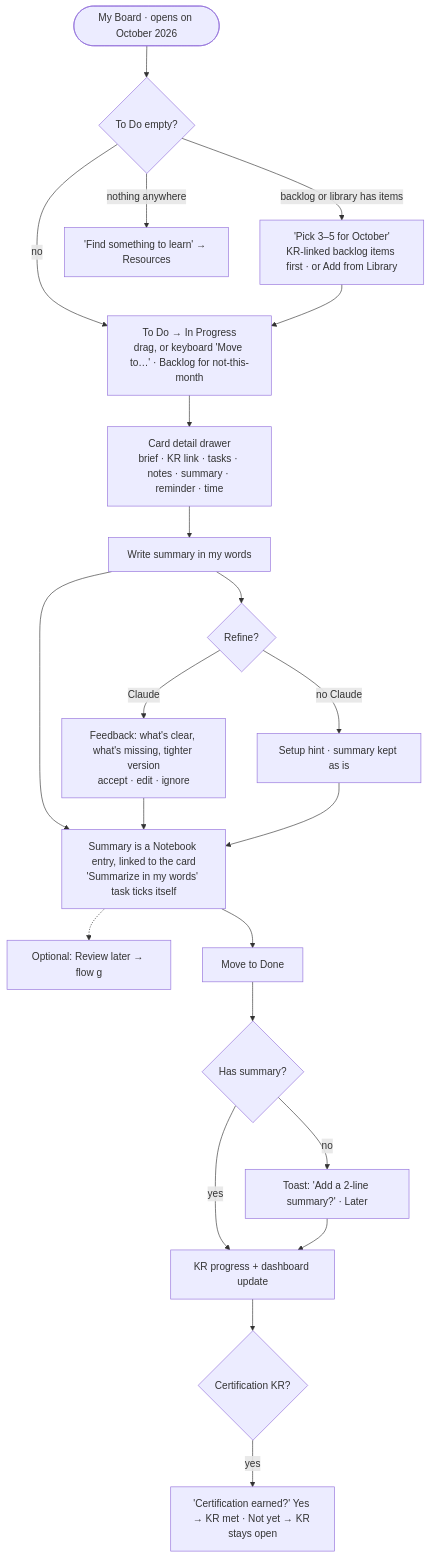
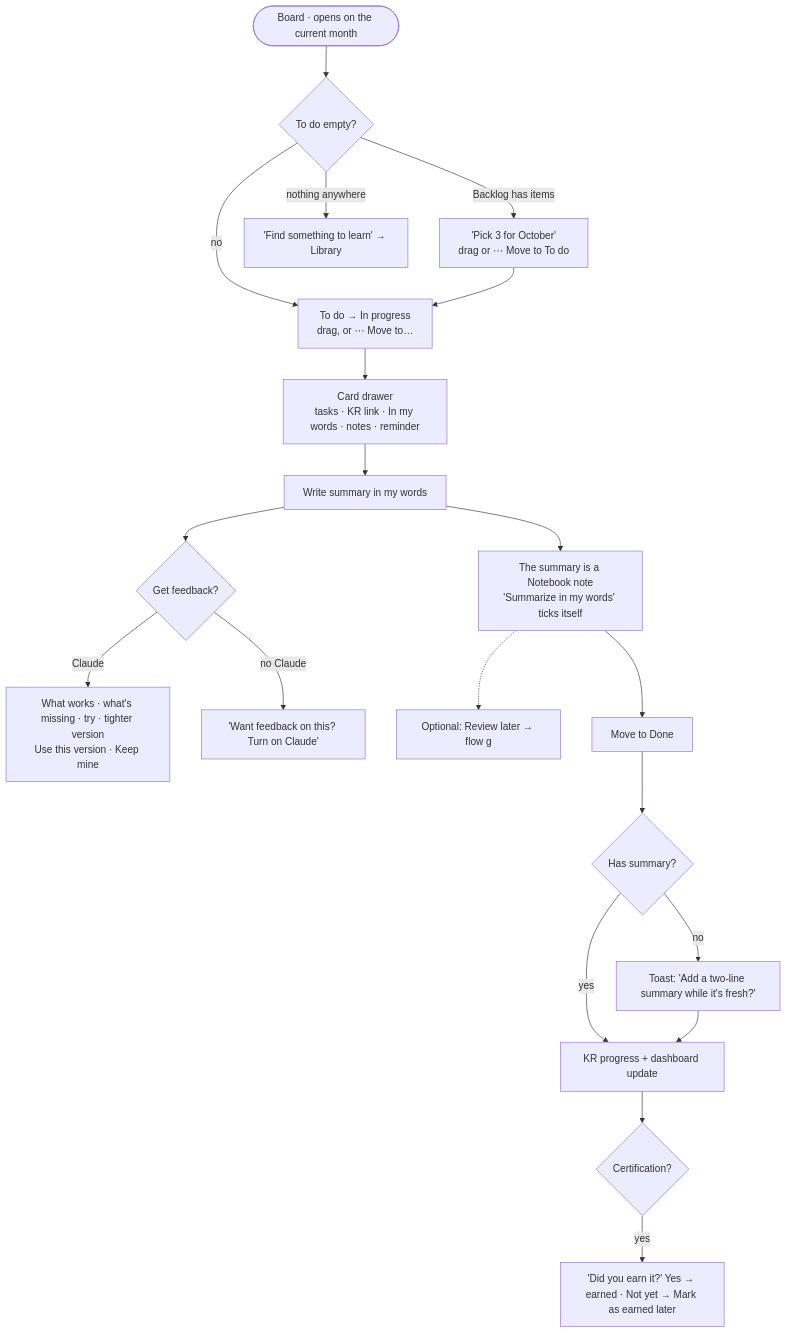
The sixth of 9 diagrams in docs/design/ux-flows.md (amojahedi/growloop), drawn with Mermaid before and after one commit. The commit also changed other lines of this file and 20 other files, not shown here.

````diff
--- a/docs/design/ux-flows.md
+++ b/docs/design/ux-flows.md
@@ -256,24 +202,22 @@
 ```mermaid
 flowchart TD
-  e(["My Board · opens on October 2026"]) --> st{"To Do empty?"}
-  st -->|"backlog or library has items"| pull["'Pick 3–5 for October'<br/>KR-linked backlog items first · or Add from Library"]
-  st -->|"nothing anywhere"| find["'Find something to learn' → Resources"]
+  e(["Board · opens on the current month"]) --> st{"To do empty?"}
+  st -->|"Backlog has items"| pull["'Pick 3 for October'<br/>drag or ⋯ Move to To do"]
+  st -->|"nothing anywhere"| find["'Find something to learn' → Library"]
   st -->|"no"| work
-  pull --> work["To Do → In Progress<br/>drag, or keyboard 'Move to…' · Backlog for not-this-month"]
-  work --> cd["Card detail drawer<br/>brief · KR link · tasks · notes · summary · reminder · time"]
+  pull --> work["To do → In progress<br/>drag, or ⋯ Move to…"]
+  work --> cd["Card drawer<br/>tasks · KR link · In my words · notes · reminder"]
   cd --> sum["Write summary in my words"]
-  sum --> rf{"Refine?"}
-  rf -->|"Claude"| fb["Feedback: what's clear, what's missing, tighter version<br/>accept · edit · ignore"]
-  rf -->|"no Claude"| fbh["Setup hint · summary kept as is"]
-  sum --> nb["Summary is a Notebook entry, linked to the card<br/>'Summarize in my words' task ticks itself"]
-  fb --> nb
-  fbh --> nb
+  sum --> rf{"Get feedback?"}
+  rf -->|"Claude"| fb["What works · what's missing · try · tighter version<br/>Use this version · Keep mine"]
+  rf -->|"no Claude"| fbh["'Want feedback on this? Turn on Claude'"]
+  sum --> nb["The summary is a Notebook note<br/>'Summarize in my words' ticks itself"]
   nb -.-> rl["Optional: Review later → flow g"]
   nb --> dn["Move to Done"]
   dn --> hs{"Has summary?"}
-  hs -->|"no"| nudge["Toast: 'Add a 2-line summary?' · Later"]
+  hs -->|"no"| nudge["Toast: 'Add a two-line summary while it's fresh?'"]
   hs -->|"yes"| prog
   nudge --> prog["KR progress + dashboard update"]
-  prog --> cert{"Certification KR?"}
-  cert -->|"yes"| conf["'Certification earned?' Yes → KR met · Not yet → KR stays open"]
+  prog --> cert{"Certification?"}
+  cert -->|"yes"| conf["'Did you earn it?' Yes → earned · Not yet → Mark as earned later"]
 ```
````
